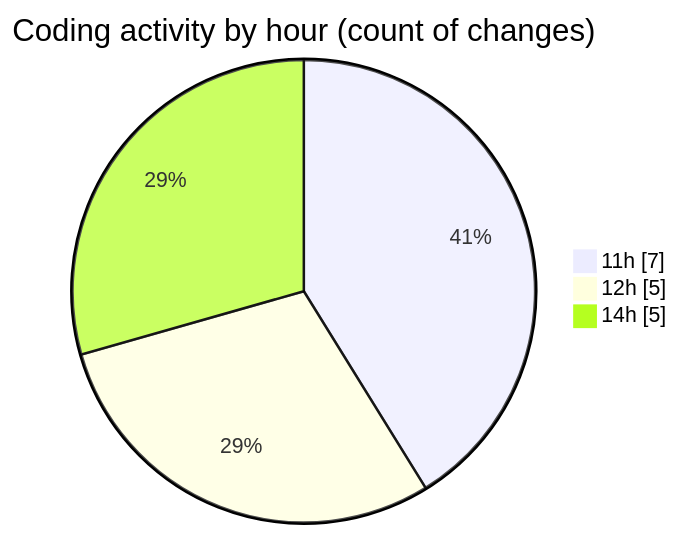
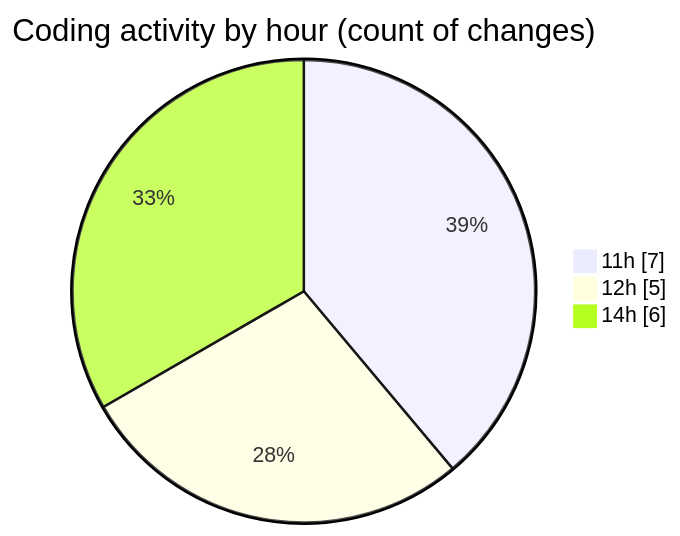
The second of 2 diagrams in 2025-10-22/untitled__workspace_/README.md (debugP/code-tracking), drawn with Mermaid before and after one commit. The commit also changed other lines of this file and 1 other file, not shown here.

````diff
--- a/2025-10-22/untitled__workspace_/README.md
+++ b/2025-10-22/untitled__workspace_/README.md
@@ -28,7 +28,7 @@
 ```mermaid
 pie showData
 title Coding activity by hour (count of changes)
 "11h" : 7
 "12h" : 5
-"14h" : 5
+"14h" : 6
 ```
````
